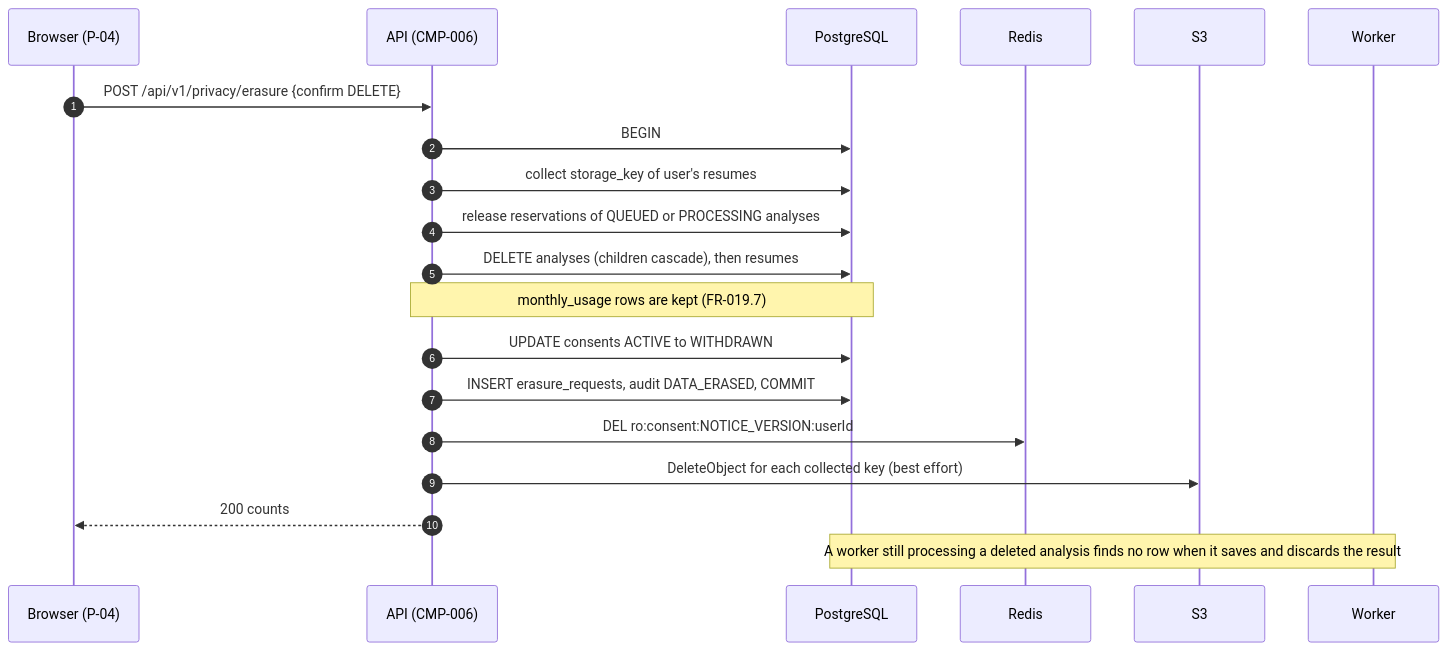
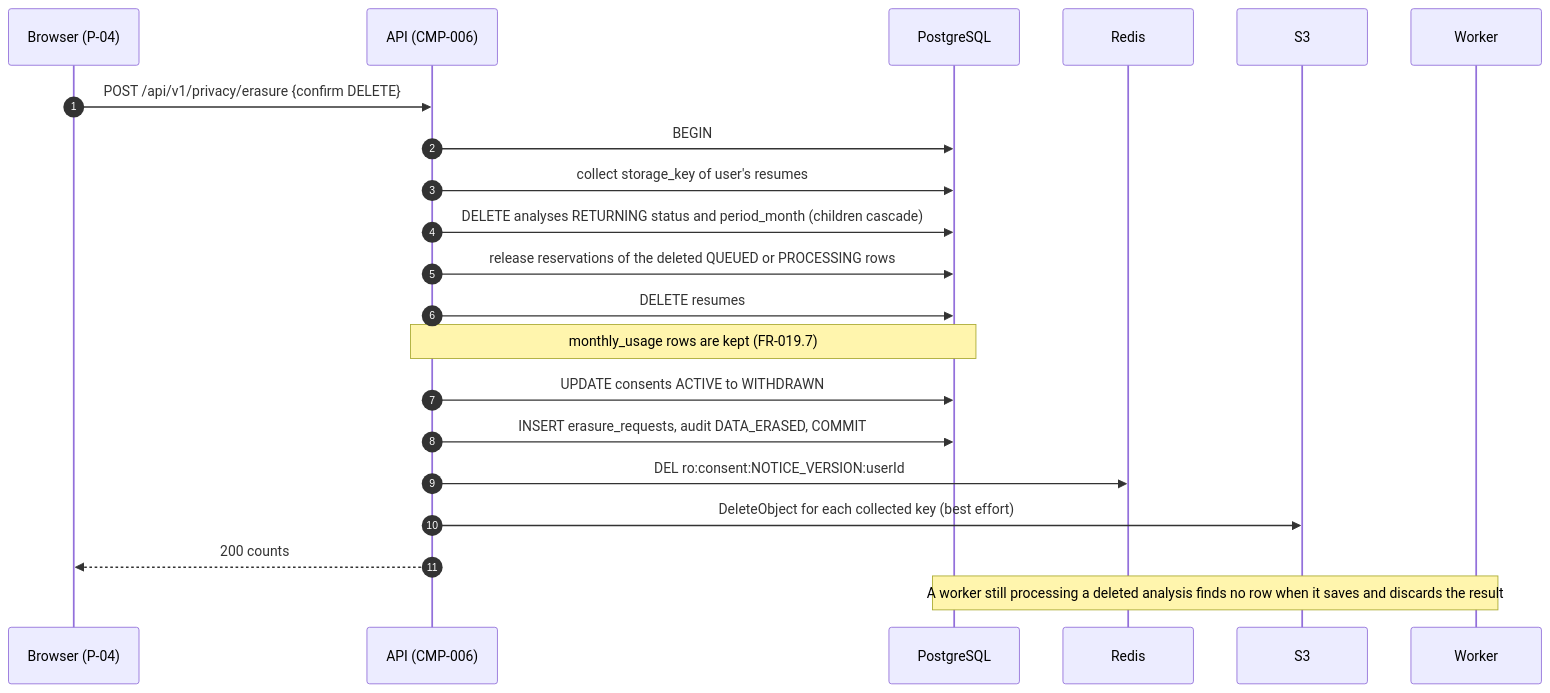
Before and after one commit to divii-school/spec-homework: the sixth of 10 diagrams in neeraj/spec.md, drawn with Mermaid. The commit also changed other lines of this file and 1 other file, not shown here.

````diff
--- a/neeraj/spec.md
+++ b/neeraj/spec.md
@@ -875,22 +878,23 @@
 ```mermaid
 sequenceDiagram
   autonumber
   participant B as Browser (P-04)
   participant A as API (CMP-006)
   participant D as PostgreSQL
   participant R as Redis
   participant S as S3
   participant W as Worker
   B->>A: POST /api/v1/privacy/erasure {confirm DELETE}
   A->>D: BEGIN
   A->>D: collect storage_key of user's resumes
-  A->>D: release reservations of QUEUED or PROCESSING analyses
-  A->>D: DELETE analyses (children cascade), then resumes
+  A->>D: DELETE analyses RETURNING status and period_month (children cascade)
+  A->>D: release reservations of the deleted QUEUED or PROCESSING rows
+  A->>D: DELETE resumes
   Note over A,D: monthly_usage rows are kept (FR-019.7)
   A->>D: UPDATE consents ACTIVE to WITHDRAWN
   A->>D: INSERT erasure_requests, audit DATA_ERASED, COMMIT
   A->>R: DEL ro:consent:NOTICE_VERSION:userId
   A->>S: DeleteObject for each collected key (best effort)
   A-->>B: 200 counts
   Note over W,D: A worker still processing a deleted analysis finds no row when it saves and discards the result
 ```
````
